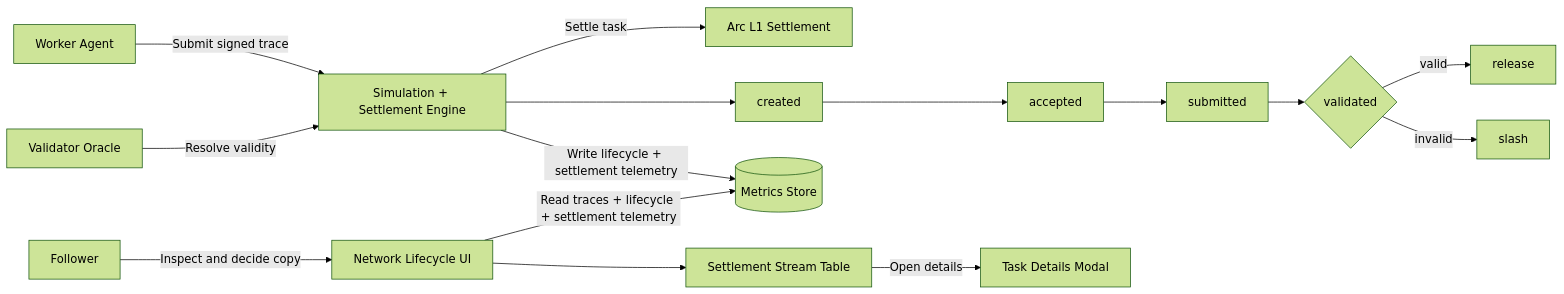
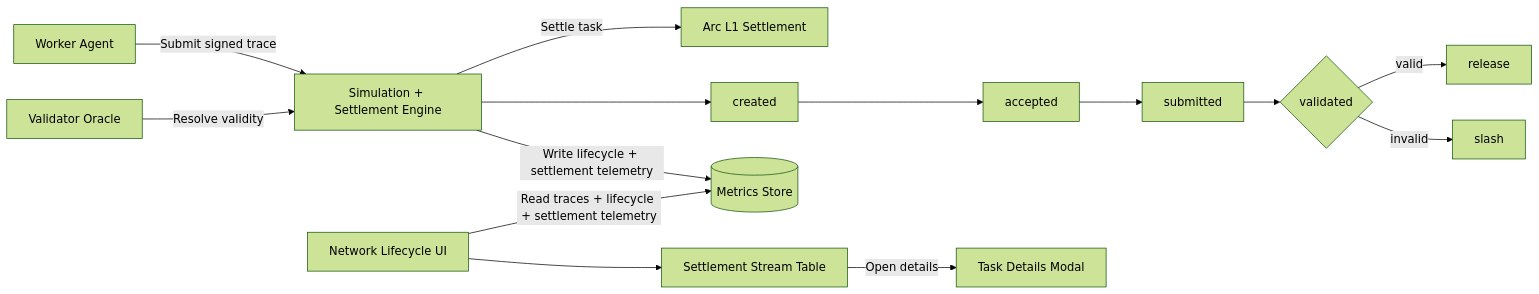
The diagram in README.md (pwilson77/arc-s3), drawn with Mermaid (forest theme) before and after one commit. The commit also changed other lines of this file and 124 other files, not shown here.

````diff
--- a/README.md
+++ b/README.md
@@ -82,28 +100,26 @@
 ```mermaid
 flowchart LR
 	worker[Worker Agent]
 	sim[Simulation + Settlement Engine]
 	oracle[Validator Oracle]
 	arc[Arc L1 Settlement]
 	metrics[(Metrics Store)]
 	ui[Network Lifecycle UI]
 	table[Settlement Stream Table]
 	modal[Task Details Modal]
-	follower[Follower]
 
 	worker -->|Submit signed trace| sim
 	oracle -->|Resolve validity| sim
 	sim -->|Settle task| arc
 	sim --> created[created]
 	created --> accepted[accepted]
 	accepted --> submitted[submitted]
 	submitted --> validated{validated}
 	validated -->|valid| released[release]
 	validated -->|invalid| slashed[slash]
 
 	sim -->|Write lifecycle + settlement telemetry| metrics
 	ui -->|Read traces + lifecycle + settlement telemetry| metrics
 	ui --> table
 	table -->|Open details| modal
-	follower -->|Inspect and decide copy| ui
 ```
````
